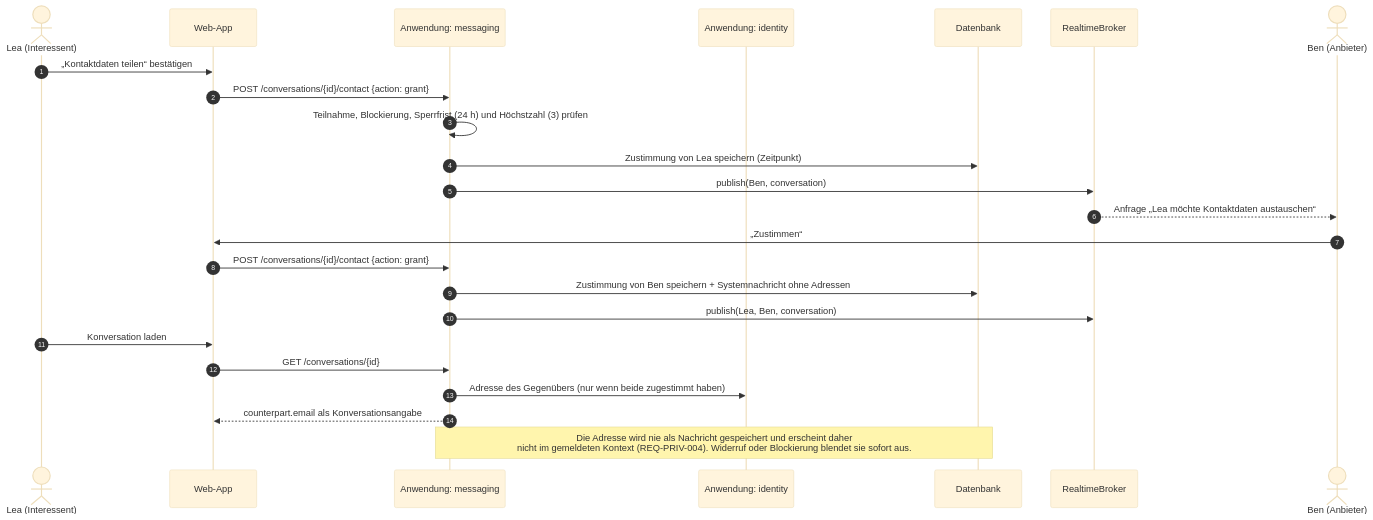
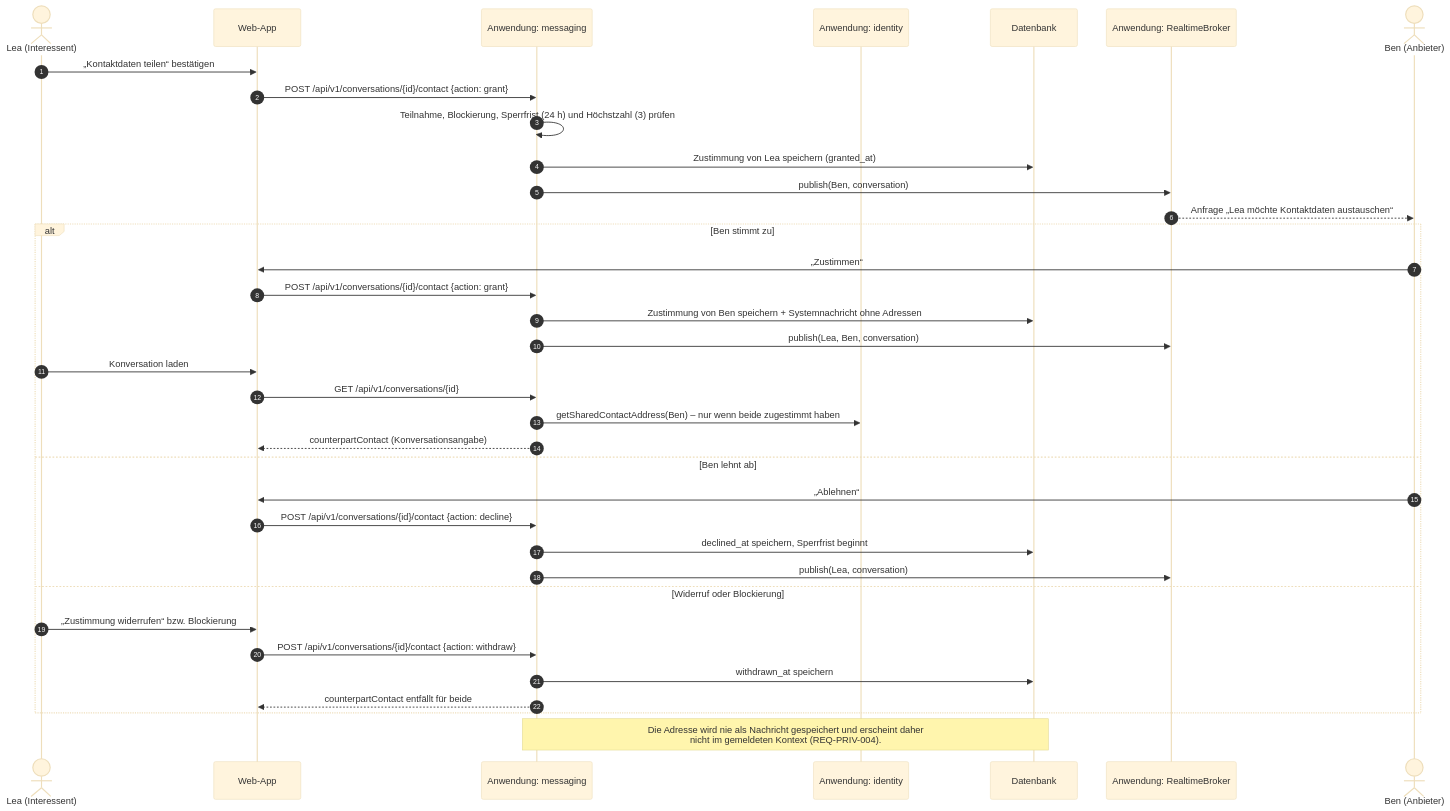
Diagram 11 of 13 in docs/03-architektur/architektur.md (CaRo10Robert/SWeng_projekt2026), drawn with Mermaid (base theme) before and after one commit. The commit also changed other lines of this file and 20 other files, not shown here.

````diff
--- a/docs/03-architektur/architektur.md
+++ b/docs/03-architektur/architektur.md
@@ -481,27 +623,39 @@
 ```mermaid
 sequenceDiagram
     autonumber
     actor A as Lea (Interessent)
     participant SPA as Web-App
     participant MSG as Anwendung: messaging
     participant ID as Anwendung: identity
     participant DB as Datenbank
-    participant RB as RealtimeBroker
+    participant RB as Anwendung: RealtimeBroker
     actor B as Ben (Anbieter)
 
     A->>SPA: „Kontaktdaten teilen“ bestätigen
-    SPA->>MSG: POST /conversations/{id}/contact {action: grant}
+    SPA->>MSG: POST /api/v1/conversations/{id}/contact {action: grant}
     MSG->>MSG: Teilnahme, Blockierung, Sperrfrist (24 h) und Höchstzahl (3) prüfen
-    MSG->>DB: Zustimmung von Lea speichern (Zeitpunkt)
+    MSG->>DB: Zustimmung von Lea speichern (granted_at)
     MSG->>RB: publish(Ben, conversation)
     RB-->>B: Anfrage „Lea möchte Kontaktdaten austauschen“
-    B->>SPA: „Zustimmen“
-    SPA->>MSG: POST /conversations/{id}/contact {action: grant}
-    MSG->>DB: Zustimmung von Ben speichern + Systemnachricht ohne Adressen
-    MSG->>RB: publish(Lea, Ben, conversation)
-    A->>SPA: Konversation laden
-    SPA->>MSG: GET /conversations/{id}
-    MSG->>ID: Adresse des Gegenübers (nur wenn beide zugestimmt haben)
-    MSG-->>SPA: counterpart.email als Konversationsangabe
-    Note over MSG,DB: Die Adresse wird nie als Nachricht gespeichert und erscheint daher<br/>nicht im gemeldeten Kontext (REQ-PRIV-004). Widerruf oder Blockierung blendet sie sofort aus.
+    alt Ben stimmt zu
+        B->>SPA: „Zustimmen“
+        SPA->>MSG: POST /api/v1/conversations/{id}/contact {action: grant}
+        MSG->>DB: Zustimmung von Ben speichern + Systemnachricht ohne Adressen
+        MSG->>RB: publish(Lea, Ben, conversation)
+        A->>SPA: Konversation laden
+        SPA->>MSG: GET /api/v1/conversations/{id}
+        MSG->>ID: getSharedContactAddress(Ben) – nur wenn beide zugestimmt haben
+        MSG-->>SPA: counterpartContact (Konversationsangabe)
+    else Ben lehnt ab
+        B->>SPA: „Ablehnen“
+        SPA->>MSG: POST /api/v1/conversations/{id}/contact {action: decline}
+        MSG->>DB: declined_at speichern, Sperrfrist beginnt
+        MSG->>RB: publish(Lea, conversation)
+    else Widerruf oder Blockierung
+        A->>SPA: „Zustimmung widerrufen“ bzw. Blockierung
+        SPA->>MSG: POST /api/v1/conversations/{id}/contact {action: withdraw}
+        MSG->>DB: withdrawn_at speichern
+        MSG-->>SPA: counterpartContact entfällt für beide
+    end
+    Note over MSG,DB: Die Adresse wird nie als Nachricht gespeichert und erscheint daher<br/>nicht im gemeldeten Kontext (REQ-PRIV-004).
 ```
````
